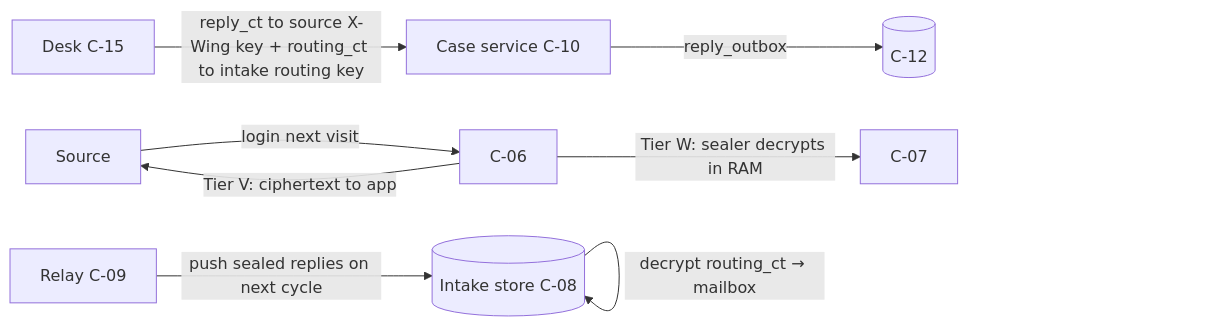
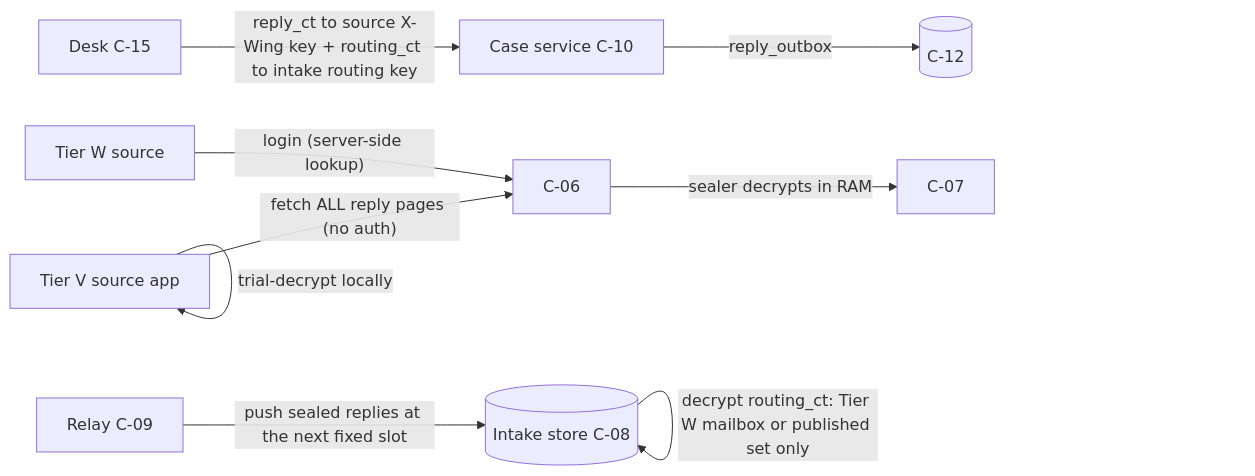
One commit to djshellshoxxx/leaks changed the fourth of 12 diagrams in specs/06-SYSTEM-ARCHITECTURE.md. Above: the diagram before and after it, drawn with Mermaid. The commit also changed other lines of this file and 15 other files, not shown here.

````diff
--- a/specs/06-SYSTEM-ARCHITECTURE.md
+++ b/specs/06-SYSTEM-ARCHITECTURE.md
@@ -265,10 +279,11 @@
 ```mermaid
 flowchart LR
   D["Desk C-15"] -->|"reply_ct to source X-Wing key + routing_ct to intake routing key"| CS["Case service C-10"]
   CS -->|"reply_outbox"| DB[("C-12")]
-  R["Relay C-09"] -->|"push sealed replies on next cycle"| IS[("Intake store C-08")]
-  IS -->|"decrypt routing_ct → mailbox"| IS
-  S["Source"] -->|"login next visit"| W["C-06"]
-  W -->|"Tier W: sealer decrypts in RAM"| SL["C-07"]
-  W -->|"Tier V: ciphertext to app"| S
+  R["Relay C-09"] -->|"push sealed replies at the next fixed slot"| IS[("Intake store C-08")]
+  IS -->|"decrypt routing_ct: Tier W mailbox or published set only"| IS
+  SW["Tier W source"] -->|"login (server-side lookup)"| W["C-06"]
+  W -->|"sealer decrypts in RAM"| SL["C-07"]
+  SV["Tier V source app"] -->|"fetch ALL reply pages (no auth)"| W
+  SV -->|"trial-decrypt locally"| SV
 ```
````
